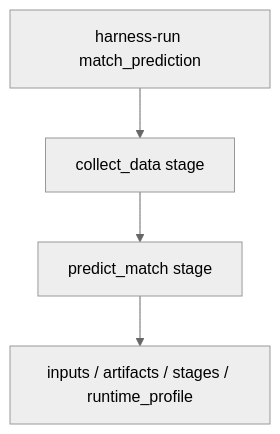
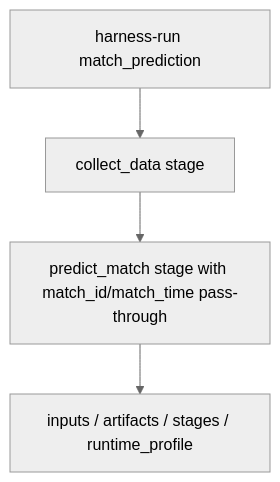
The fourth of 5 diagrams in docs/architecture/europe_leagues_architecture.md (LorenJun/trae_projects), drawn with Mermaid (neutral theme) before and after one commit. The commit also changed other lines of this file and 44 other files, not shown here.

````diff
--- a/docs/architecture/europe_leagues_architecture.md
+++ b/docs/architecture/europe_leagues_architecture.md
@@ -223,6 +256,6 @@
 ```mermaid
 flowchart TB
   H[harness-run match_prediction] --> S1[collect_data stage]
-  S1 --> S2[predict_match stage]
+  S1 --> S2[predict_match stage with match_id/match_time pass-through]
   S2 --> OUT[inputs / artifacts / stages / runtime_profile]
 ```
````
